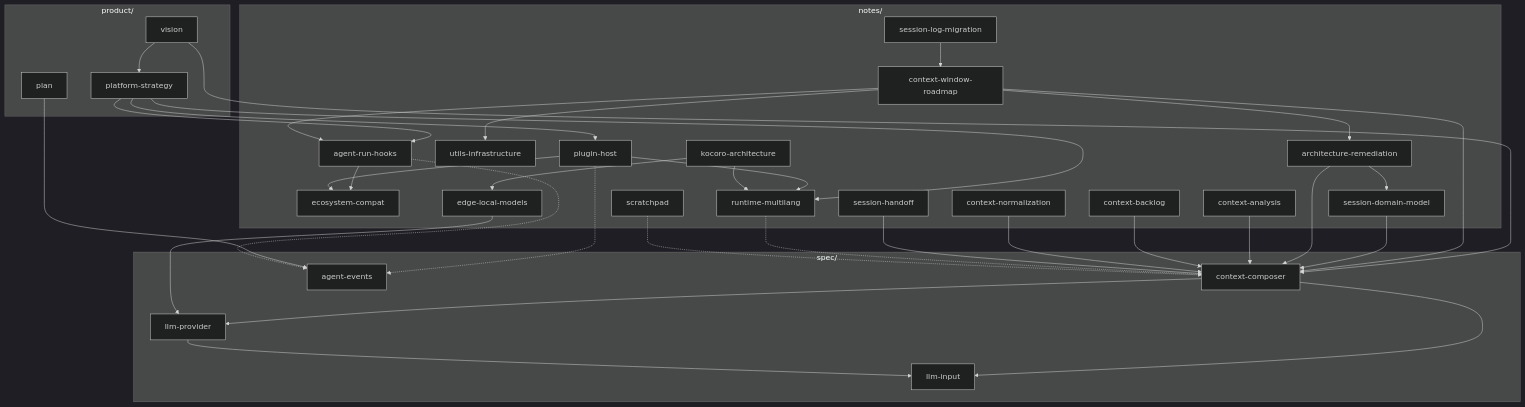
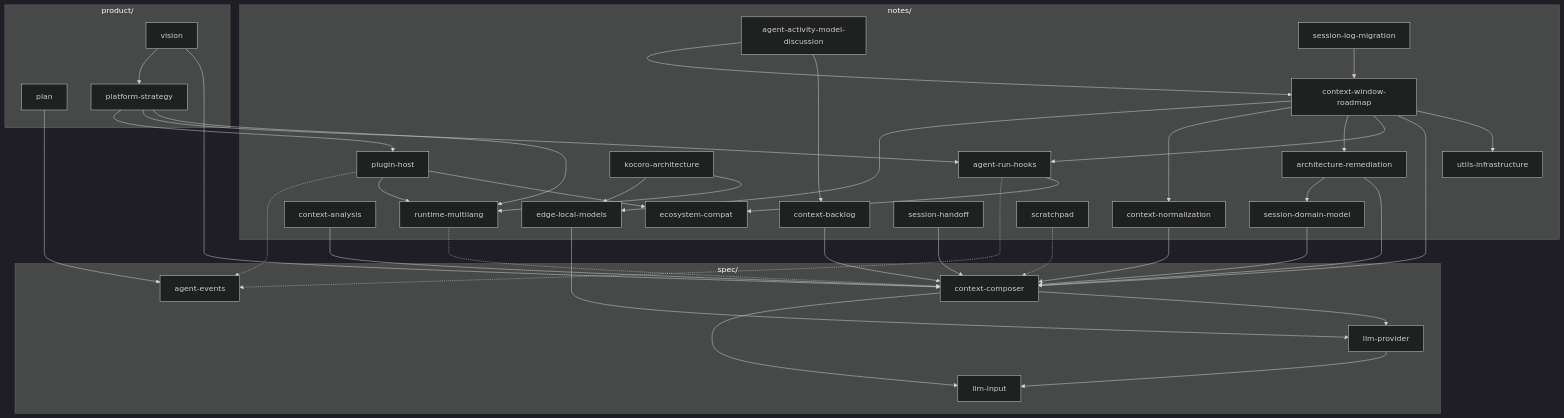
One commit to chendpoc/moontide changed the diagram in docs/README.md. Above: the diagram before and after it, drawn with Mermaid (dark theme). The commit also changed other lines of this file and 4 other files, not shown here.

````diff
--- a/docs/README.md
+++ b/docs/README.md
@@ -14,66 +14,71 @@
 ```mermaid
 flowchart TB
   subgraph product["product/"]
     V[vision]
     P[plan]
     PS[platform-strategy]
   end
 
   subgraph spec["spec/"]
     CC[context-composer]
     LP[llm-provider]
     LI[llm-input]
     AE[agent-events]
   end
 
   subgraph notes["notes/"]
     CWR[context-window-roadmap]
     AR[agent-run-hooks]
     UI[utils-infrastructure]
     EC[ecosystem-compat]
     CA[context-analysis]
     CB[context-backlog]
+    AAM[agent-activity-model-discussion]
     CN[context-normalization]
     SDM[session-domain-model]
     SLM[session-log-migration]
     EL[edge-local-models]
     KO[kocoro-architecture]
     SH[session-handoff]
     RM[runtime-multilang]
     PH[plugin-host]
     SP[scratchpad]
     AFP[architecture-remediation]
   end
 
   V --> CC
   V --> PS
   PS --> RM
   PS --> AR
   AR --> EC
   PH --> EC
   PS --> PH
   PH --> RM
   PH -.-> AE
   P --> AE
   AR -.-> AE
   CWR --> UI
   CWR --> CC
   CWR --> AR
   SDM --> CC
   AFP --> CC
   AFP --> SDM
   CWR --> AFP
   SLM --> CWR
   CC --> LP
   CC --> LI
   LP --> LI
   CA --> CC
   CB --> CC
+  AAM --> CB
+  AAM --> CWR
+  CWR --> CN
   CN --> CC
+  CWR --> EL
   EL --> LP
   KO --> RM
   KO --> EL
   SH --> CC
   RM -.-> CC
   SP -.-> CC
 ```
````
